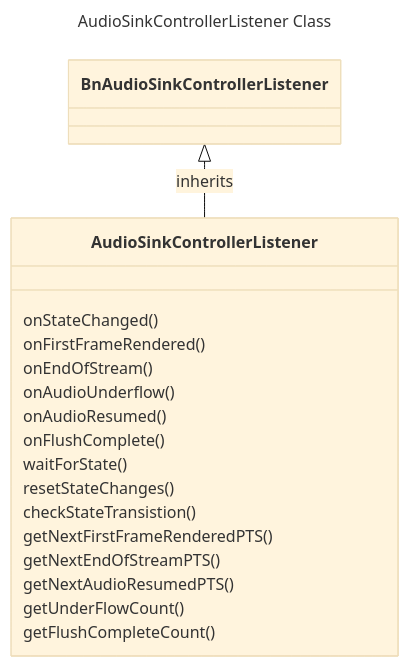
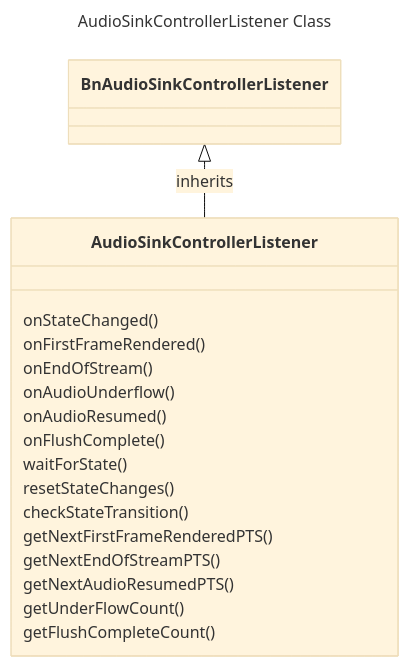
One commit to davidkoo-brcm/rdk-halif-aidl-test-audiosink changed the seventh of 8 diagrams in docs/pages/audioSink_L3_Low-Level_TestSpecification.md. Above: the diagram before and after it, drawn with Mermaid (base theme). The commit also changed other lines of this file and 14 other files, not shown here.

````diff
--- a/docs/pages/audioSink_L3_Low-Level_TestSpecification.md
+++ b/docs/pages/audioSink_L3_Low-Level_TestSpecification.md
@@ -231,23 +231,23 @@
 ```mermaid
 ---
 title: AudioSinkControllerListener Class
 ---
 classDiagram
     BnAudioSinkControllerListener <|-- AudioSinkControllerListener : inherits
     class AudioSinkControllerListener{
         onStateChanged()
         onFirstFrameRendered()
         onEndOfStream()
         onAudioUnderflow()
         onAudioResumed()
         onFlushComplete()
         waitForState()
         resetStateChanges()
-        checkStateTransistion()
+        checkStateTransition()
         getNextFirstFrameRenderedPTS()
         getNextEndOfStreamPTS()
         getNextAudioResumedPTS()
         getUnderFlowCount()
         getFlushCompleteCount()
     }
 ```
````
